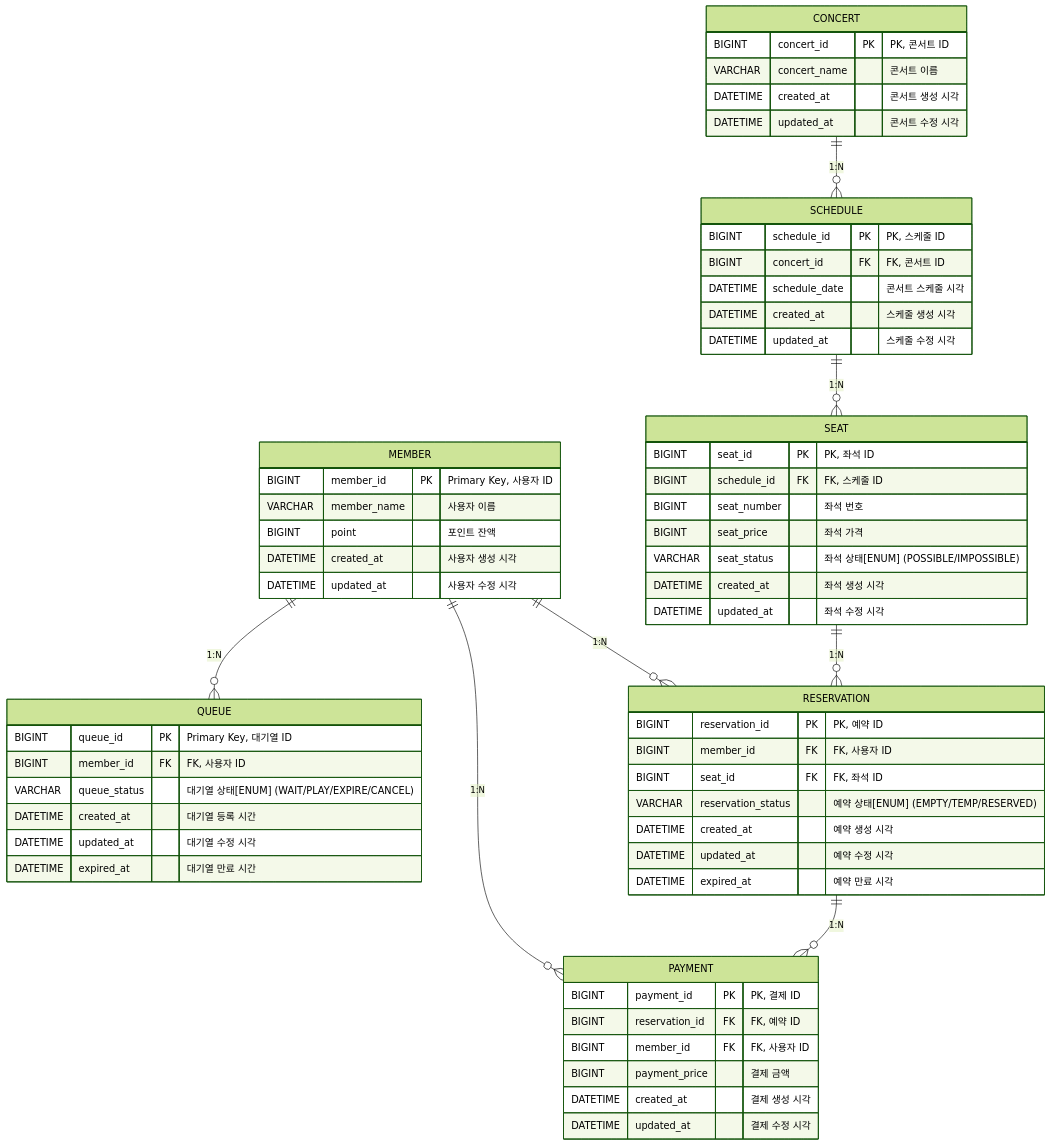
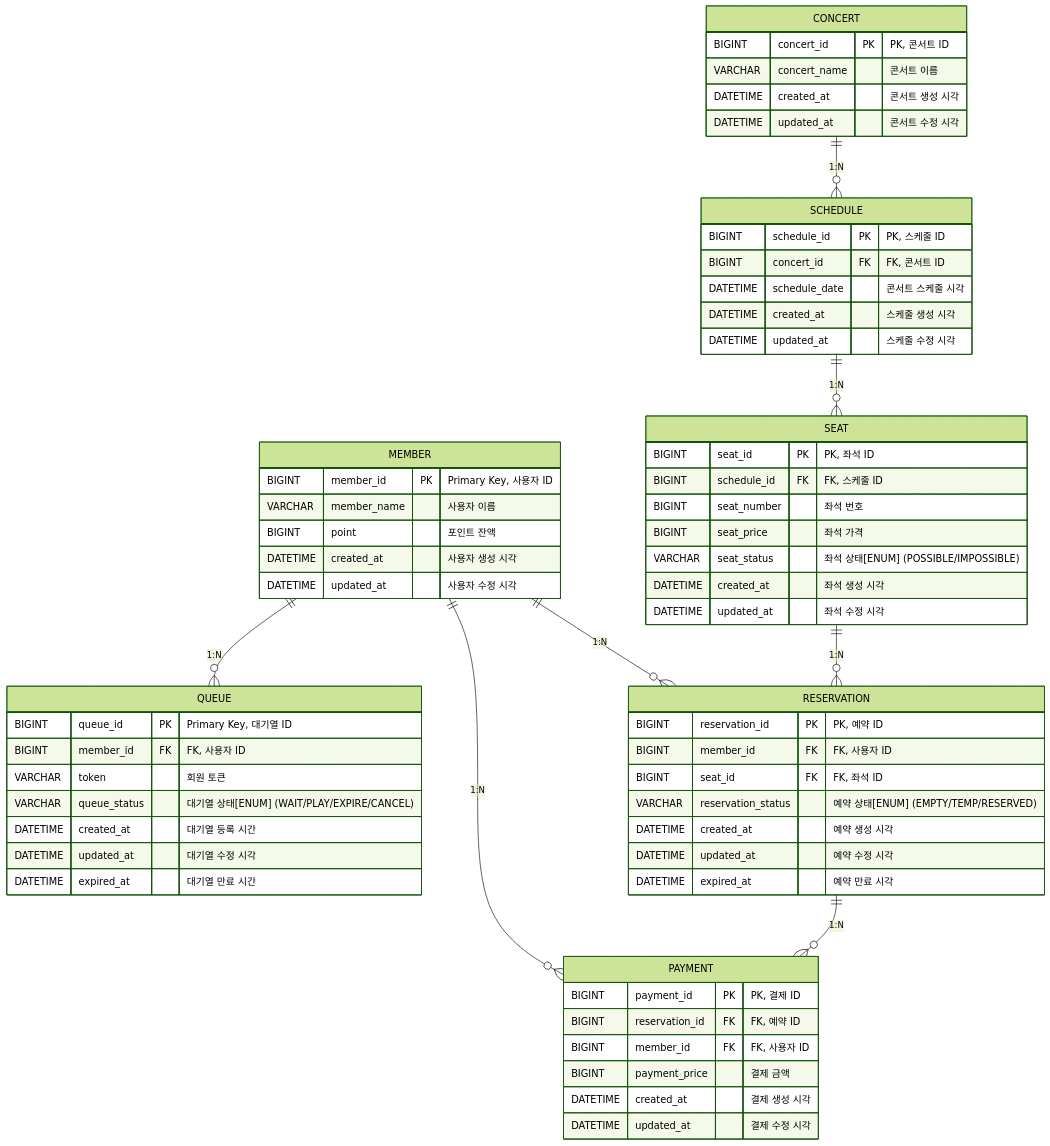
One commit to kimyezzang97/concert changed the diagram in docs/erd/ERD.md. Above: the diagram before and after it, drawn with Mermaid.

Commit message:
docs: ERD 수정

````diff
--- a/docs/erd/ERD.md
+++ b/docs/erd/ERD.md
@@ -1,68 +1,69 @@
 ```mermaid
 ---
 config:
   theme: forest
 ---
 erDiagram
     QUEUE {
         BIGINT queue_id PK "Primary Key, 대기열 ID"
         BIGINT member_id FK "FK, 사용자 ID"
+        VARCHAR token "회원 토큰"
         VARCHAR queue_status "대기열 상태[ENUM] (WAIT/PLAY/EXPIRE/CANCEL)"
         DATETIME created_at "대기열 등록 시간"
         DATETIME updated_at "대기열 수정 시각"
         DATETIME expired_at "대기열 만료 시간"
     }
     MEMBER{
         BIGINT member_id PK "Primary Key, 사용자 ID"
         VARCHAR member_name "사용자 이름"
         BIGINT point "포인트 잔액"
         DATETIME created_at "사용자 생성 시각"
         DATETIME updated_at "사용자 수정 시각"
     }
     PAYMENT {
         BIGINT payment_id PK "PK, 결제 ID"
         BIGINT reservation_id FK "FK, 예약 ID"
         BIGINT member_id FK "FK, 사용자 ID"
         BIGINT payment_price "결제 금액"
         DATETIME created_at "결제 생성 시각"
         DATETIME updated_at "결제 수정 시각"
     }
     RESERVATION {
         BIGINT reservation_id PK "PK, 예약 ID"
         BIGINT member_id FK "FK, 사용자 ID"
         BIGINT seat_id FK "FK, 좌석 ID"
         VARCHAR reservation_status "예약 상태[ENUM] (EMPTY/TEMP/RESERVED)"
         DATETIME created_at "예약 생성 시각"
         DATETIME updated_at "예약 수정 시각"
         DATETIME expired_at "예약 만료 시각"
     }
     SEAT {
         BIGINT seat_id PK "PK, 좌석 ID"
         BIGINT schedule_id FK "FK, 스케줄 ID"
         BIGINT seat_number "좌석 번호"
         BIGINT seat_price "좌석 가격"
         VARCHAR seat_status "좌석 상태[ENUM] (POSSIBLE/IMPOSSIBLE)"
         DATETIME created_at "좌석 생성 시각"
         DATETIME updated_at "좌석 수정 시각"
     }
     SCHEDULE {
         BIGINT schedule_id PK "PK, 스케줄 ID"
         BIGINT concert_id FK "FK, 콘서트 ID"
         DATETIME schedule_date "콘서트 스케줄 시각"
         DATETIME created_at "스케줄 생성 시각"
         DATETIME updated_at "스케줄 수정 시각"
     }
     CONCERT {
         BIGINT concert_id PK "PK, 콘서트 ID"
         VARCHAR concert_name "콘서트 이름"
         DATETIME created_at "콘서트 생성 시각"
         DATETIME updated_at "콘서트 수정 시각"
     }
     CONCERT ||--o{ SCHEDULE : "1:N"
     SCHEDULE ||--o{ SEAT : "1:N"
     SEAT ||--o{ RESERVATION : "1:N"
     RESERVATION ||--o{ PAYMENT : "1:N"
     MEMBER ||--o{ PAYMENT : "1:N"
     MEMBER ||--o{ RESERVATION : "1:N"
     MEMBER  ||--o{ QUEUE : "1:N"
 ```
````
